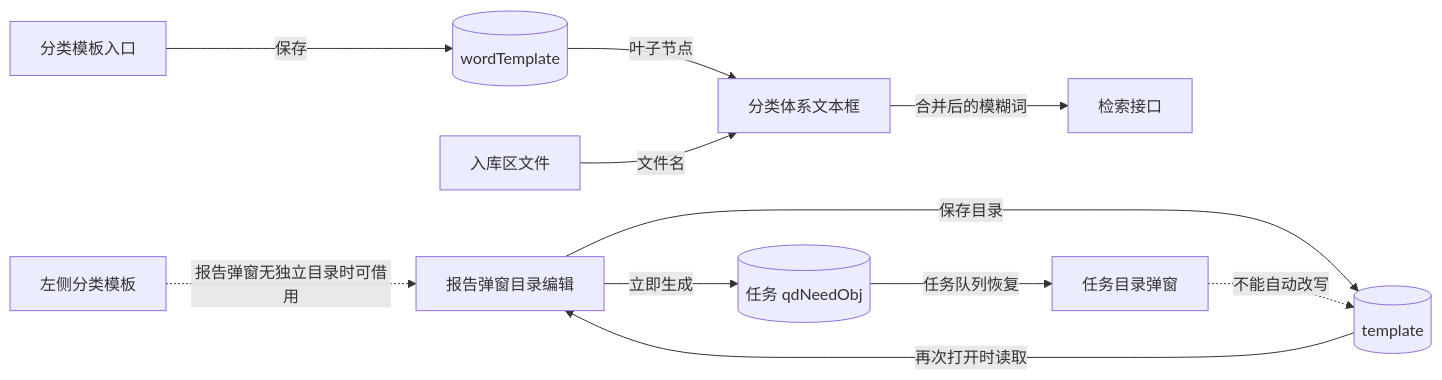
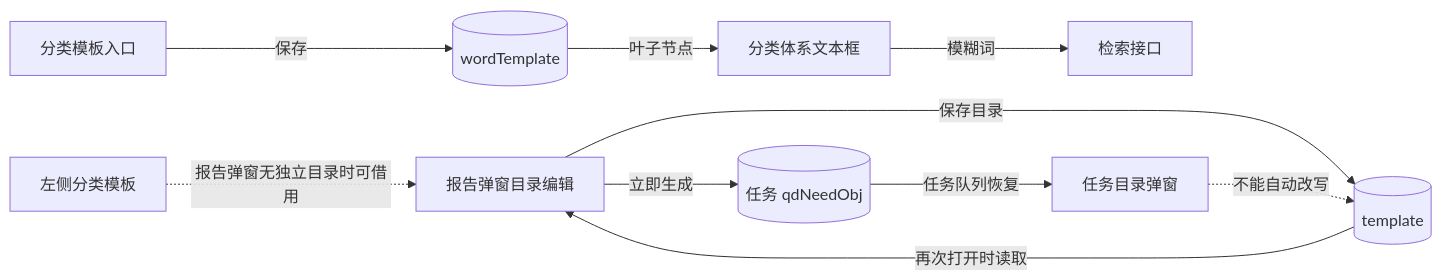
One commit to hjn28/search_web_vue2 changed the second of 4 diagrams in 目录模板与分类体系逻辑说明.md. Above: the diagram before and after it, drawn with Mermaid. The commit also changed other lines of this file and 8 other files, not shown here.

````diff
--- a/目录模板与分类体系逻辑说明.md
+++ b/目录模板与分类体系逻辑说明.md
@@ -44,16 +43,15 @@
 ```mermaid
 flowchart LR
     A["分类模板入口"] -->|"保存"| B[("wordTemplate")]
     B -->|"叶子节点"| C["分类体系文本框"]
-    D["入库区文件"] -->|"文件名"| C
-    C -->|"合并后的模糊词"| E["检索接口"]
+    C -->|"模糊词"| E["检索接口"]
 
     F["报告弹窗目录编辑"] -->|"保存目录"| G[("template")]
     G -->|"再次打开时读取"| F
 
     F -->|"立即生成"| H[("任务 qdNeedObj")]
     H -->|"任务队列恢复"| I["任务目录弹窗"]
     I -.->|"不能自动改写"| G
 
     J["左侧分类模板"] -.->|"报告弹窗无独立目录时可借用"| F
 ```
````
